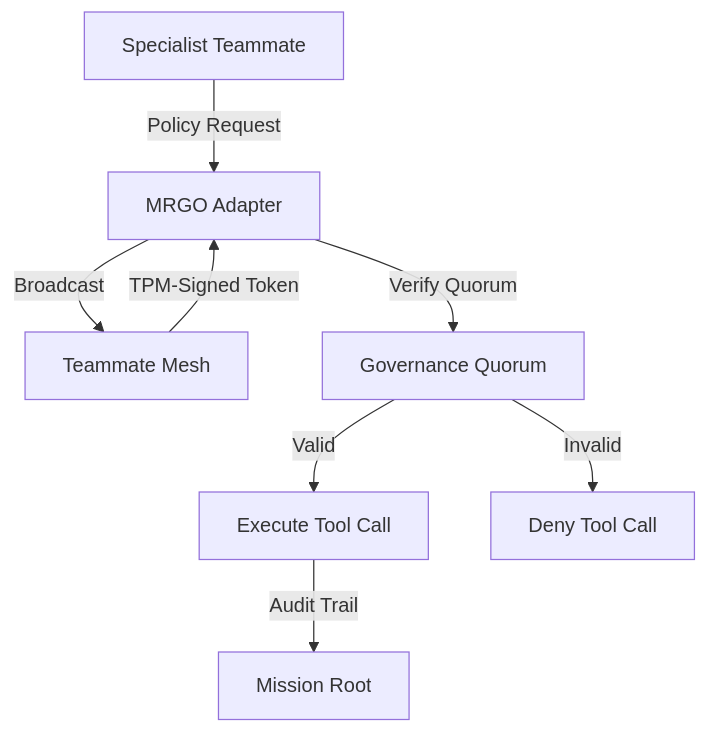
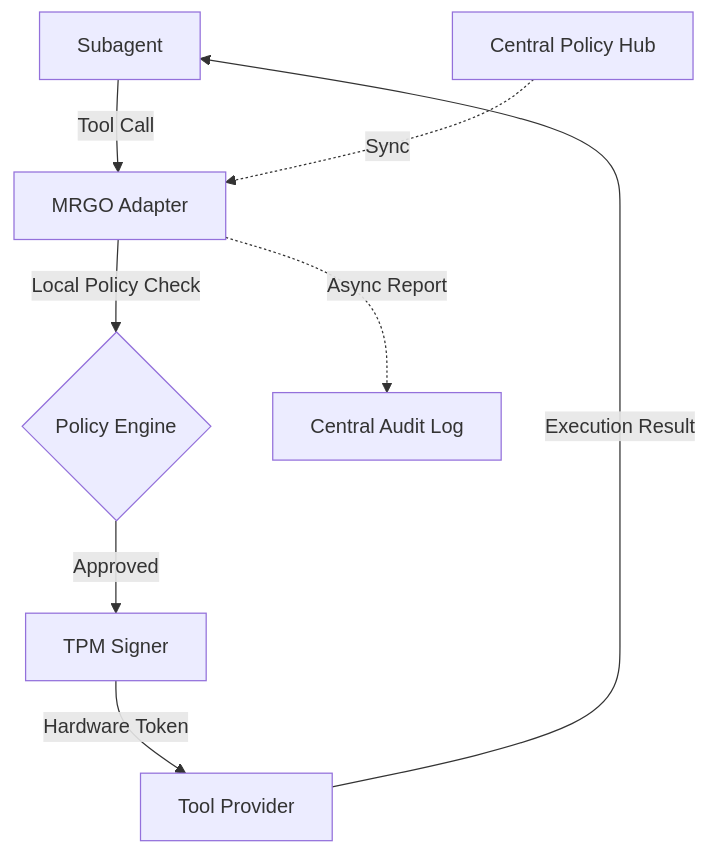
One commit to mcpany/core changed the diagram in docs/features/design-mrgo.md. Above: the diagram before and after it, drawn with Mermaid. The commit also changed other lines of this file and 41 other files, not shown here.

First line of the commit message:
feat: strategic evolution - mesh-split resilience and decentralized governance

````diff
--- a/docs/features/design-mrgo.md
+++ b/docs/features/design-mrgo.md
@@ -28,10 +33,10 @@
     ```mermaid
     graph TD
-        S[Specialist Teammate] -->|Policy Request| MRGO[MRGO Adapter]
-        MRGO -->|Broadcast| Peers[Teammate Mesh]
-        Peers -->|TPM-Signed Token| MRGO
-        MRGO -->|Verify Quorum| Quorum[Governance Quorum]
-        Quorum -->|Valid| Execute[Execute Tool Call]
-        Quorum -->|Invalid| Deny[Deny Tool Call]
-        Execute -->|Audit Trail| MR[Mission Root]
+        A[Subagent] -->|Tool Call| B[MRGO Adapter]
+        B -->|Local Policy Check| C{Policy Engine}
+        C -->|Approved| D[TPM Signer]
+        D -->|Hardware Token| E[Tool Provider]
+        E -->|Execution Result| A
+        B -.->|Async Report| F[Central Audit Log]
+        G[Central Policy Hub] -.->|Sync| B
     ```
````
